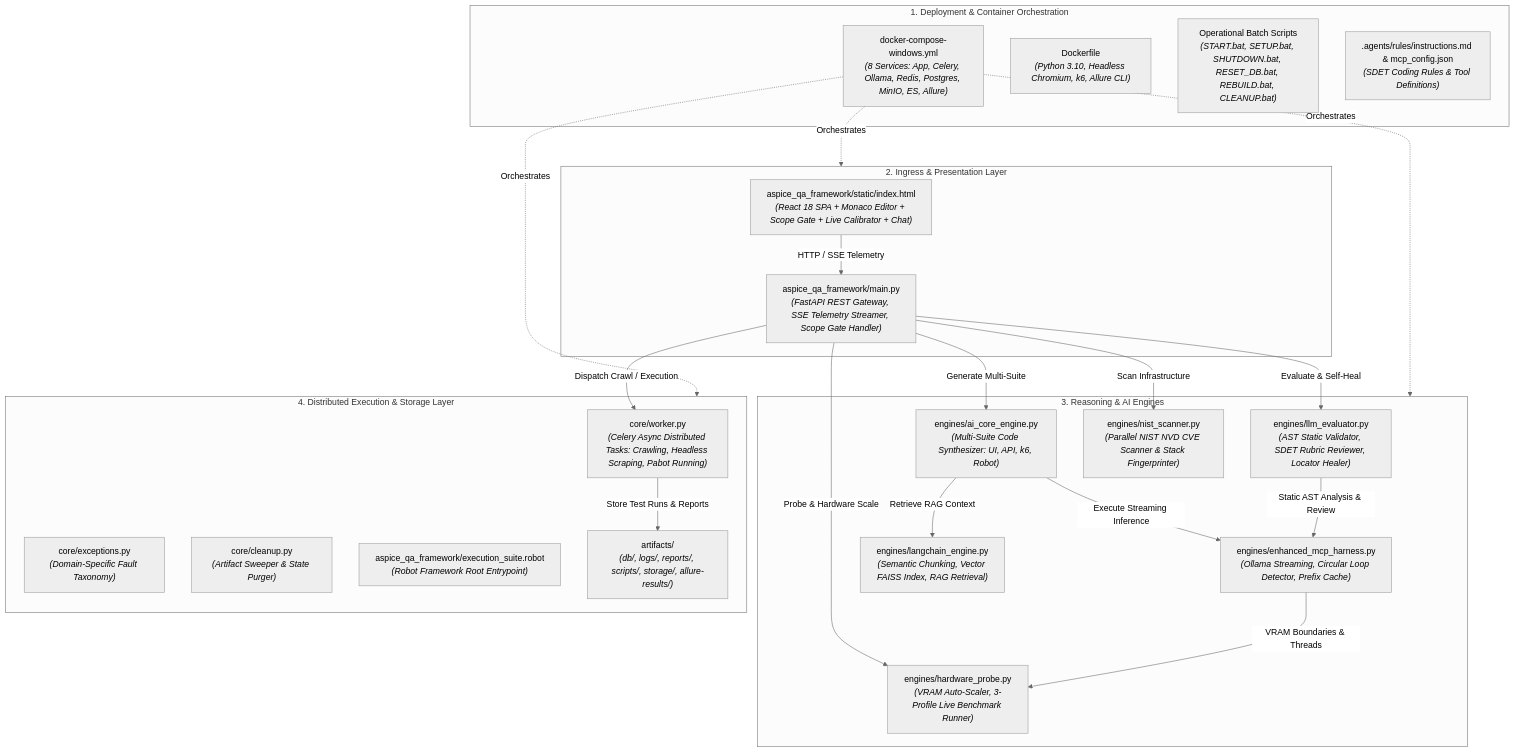
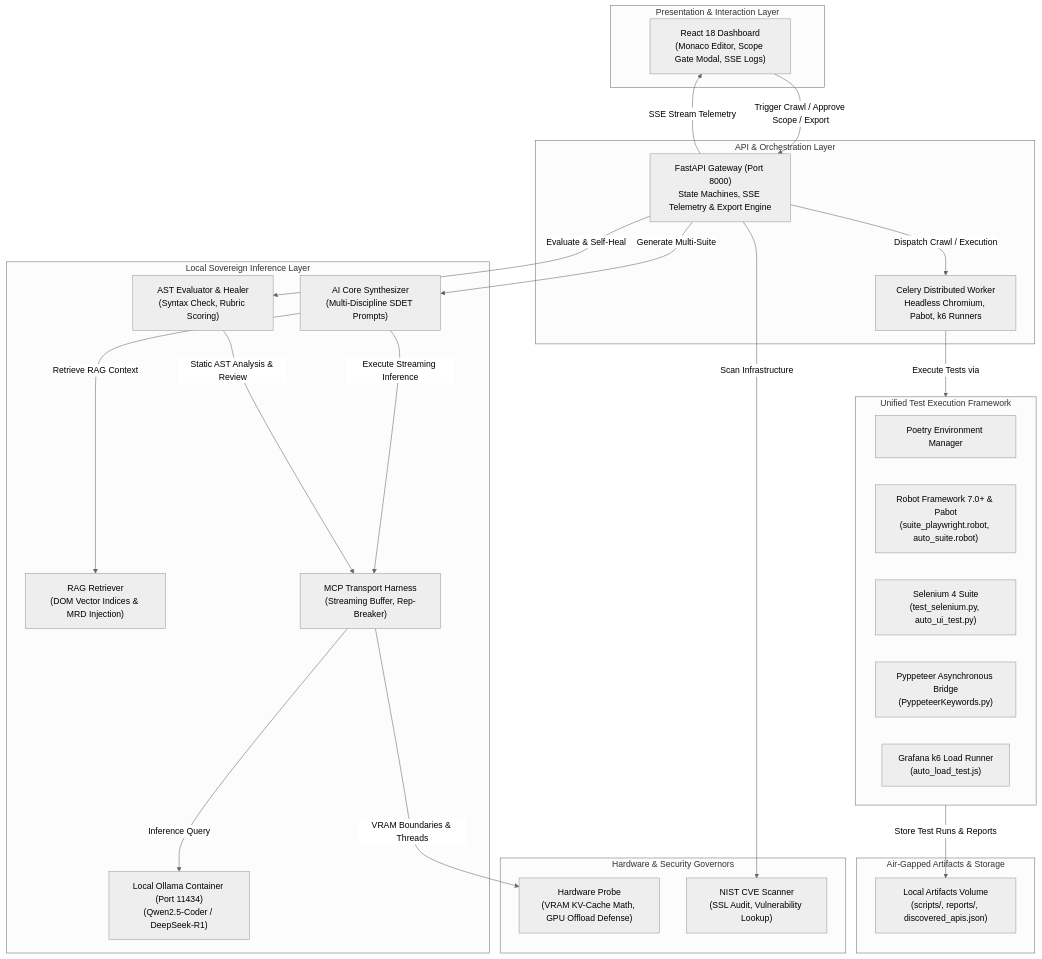
The first of 2 diagrams in README.md (nitinjugal17/ATP), drawn with Mermaid (neutral theme) before and after one commit. The commit also changed other lines of this file, not shown here.

````diff
--- a/README.md
+++ b/README.md
@@ -329,48 +388,52 @@
 ```mermaid
 graph TD
-    subgraph Ops_Deploy["1. Deployment & Container Orchestration"]
-        DOCKER["docker-compose-windows.yml<br/><i>(8 Services: App, Celery, Ollama, Redis, Postgres, MinIO, ES, Allure)</i>"]
-        DFILE["Dockerfile<br/><i>(Python 3.10, Headless Chromium, k6, Allure CLI)</i>"]
-        BATCH["Operational Batch Scripts<br/><i>(START.bat, SETUP.bat, SHUTDOWN.bat, RESET_DB.bat, REBUILD.bat, CLEANUP.bat)</i>"]
-        RULES[".agents/rules/instructions.md & mcp_config.json<br/><i>(SDET Coding Rules & Tool Definitions)</i>"]
+    subgraph Presentation ["Presentation & Interaction Layer"]
+        UI["React 18 Dashboard<br/>(Monaco Editor, Scope Gate Modal, SSE Logs)"]
     end
 
-    subgraph Presentation["2. Ingress & Presentation Layer"]
-        REACT_UI["aspice_qa_framework/static/index.html<br/><i>(React 18 SPA + Monaco Editor + Scope Gate + Live Calibrator + Chat)</i>"]
-        FASTAPI["aspice_qa_framework/main.py<br/><i>(FastAPI REST Gateway, SSE Telemetry Streamer, Scope Gate Handler)</i>"]
+    subgraph Gateway ["API & Orchestration Layer"]
+        FASTAPI["FastAPI Gateway (Port 8000)<br/>State Machines, SSE Telemetry & Export Engine"]
+        WORKER["Celery Distributed Worker<br/>Headless Chromium, Pabot, k6 Runners"]
     end
 
-    subgraph Reasoning["3. Reasoning & AI Engines"]
-        MCP_HARNESS["engines/enhanced_mcp_harness.py<br/><i>(Ollama Streaming, Circular Loop Detector, Prefix Cache)</i>"]
-        AI_CORE["engines/ai_core_engine.py<br/><i>(Multi-Suite Code Synthesizer: UI, API, k6, Robot)</i>"]
-        LANGCHAIN["engines/langchain_engine.py<br/><i>(Semantic Chunking, Vector FAISS Index, RAG Retrieval)</i>"]
-        EVALUATOR["engines/llm_evaluator.py<br/><i>(AST Static Validator, SDET Rubric Reviewer, Locator Healer)</i>"]
-        PROBE["engines/hardware_probe.py<br/><i>(VRAM Auto-Scaler, 3-Profile Live Benchmark Runner)</i>"]
-        NIST["engines/nist_scanner.py<br/><i>(Parallel NIST NVD CVE Scanner & Stack Fingerprinter)</i>"]
+    subgraph Reasoning ["Local Sovereign Inference Layer"]
+        AI_CORE["AI Core Synthesizer<br/>(Multi-Discipline SDET Prompts)"]
+        EVALUATOR["AST Evaluator & Healer<br/>(Syntax Check, Rubric Scoring)"]
+        LANGCHAIN["RAG Retriever<br/>(DOM Vector Indices & MRD Injection)"]
+        MCP_HARNESS["MCP Transport Harness<br/>(Streaming Buffer, Rep-Breaker)"]
+        OLLAMA["Local Ollama Container (Port 11434)<br/>(Qwen2.5-Coder / DeepSeek-R1)"]
     end
 
-    subgraph Execution["4. Distributed Execution & Storage Layer"]
-        WORKER["core/worker.py<br/><i>(Celery Async Distributed Tasks: Crawling, Headless Scraping, Pabot Running)</i>"]
-        EXCEPTIONS["core/exceptions.py<br/><i>(Domain-Specific Fault Taxonomy)</i>"]
-        CLEANUP["core/cleanup.py<br/><i>(Artifact Sweeper & State Purger)</i>"]
-        ROBOT_ROOT["aspice_qa_framework/execution_suite.robot<br/><i>(Robot Framework Root Entrypoint)</i>"]
-        ARTIFACTS["artifacts/<br/><i>(db/, logs/, reports/, scripts/, storage/, allure-results/)</i>"]
+    subgraph TestingHarness ["Unified Test Execution Framework"]
+        POETRY["Poetry Environment Manager"]
+        ROBOT["Robot Framework 7.0+ & Pabot<br/>(suite_playwright.robot, auto_suite.robot)"]
+        SELENIUM["Selenium 4 Suite<br/>(test_selenium.py, auto_ui_test.py)"]
+        PYPPETEER["Pyppeteer Asynchronous Bridge<br/>(PyppeteerKeywords.py)"]
+        K6["Grafana k6 Load Runner<br/>(auto_load_test.js)"]
     end
 
-    REACT_UI -->|HTTP / SSE Telemetry| FASTAPI
-    FASTAPI -->|Probe & Hardware Scale| PROBE
+    subgraph Hardware ["Hardware & Security Governors"]
+        PROBE["Hardware Probe<br/>(VRAM KV-Cache Math, GPU Offload Defense)"]
+        NIST["NIST CVE Scanner<br/>(SSL Audit, Vulnerability Lookup)"]
+    end
+
+    subgraph Storage ["Air-Gapped Artifacts & Storage"]
+        ARTIFACTS["Local Artifacts Volume<br/>(scripts/, reports/, discovered_apis.json)"]
+    end
+
+    UI -->|Trigger Crawl / Approve Scope / Export| FASTAPI
+    FASTAPI -->|SSE Stream Telemetry| UI
     FASTAPI -->|Scan Infrastructure| NIST
     FASTAPI -->|Dispatch Crawl / Execution| WORKER
     FASTAPI -->|Generate Multi-Suite| AI_CORE
     FASTAPI -->|Evaluate & Self-Heal| EVALUATOR
 
     AI_CORE -->|Retrieve RAG Context| LANGCHAIN
     AI_CORE -->|Execute Streaming Inference| MCP_HARNESS
     MCP_HARNESS -->|VRAM Boundaries & Threads| PROBE
+    MCP_HARNESS -->|Inference Query| OLLAMA
     EVALUATOR -->|Static AST Analysis & Review| MCP_HARNESS
 
-    WORKER -->|Store Test Runs & Reports| ARTIFACTS
-    DOCKER -.->|Orchestrates| Presentation
-    DOCKER -.->|Orchestrates| Reasoning
-    DOCKER -.->|Orchestrates| Execution
+    WORKER -->|Execute Tests via| TestingHarness
+    TestingHarness -->|Store Test Runs & Reports| ARTIFACTS
 ```
````
